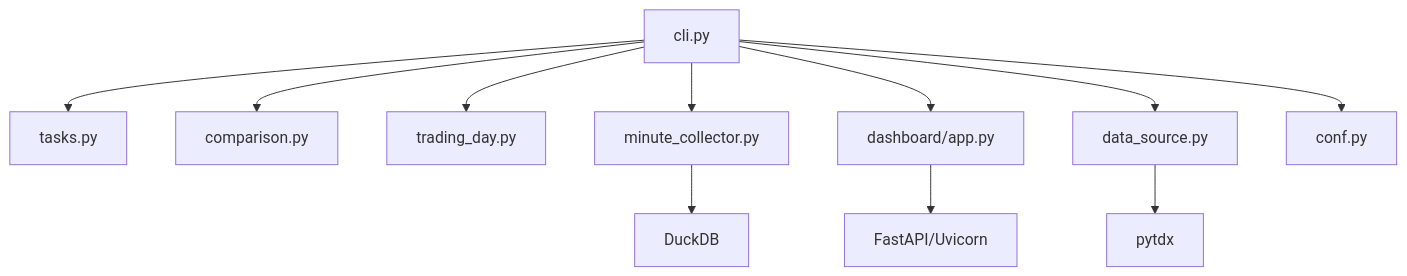
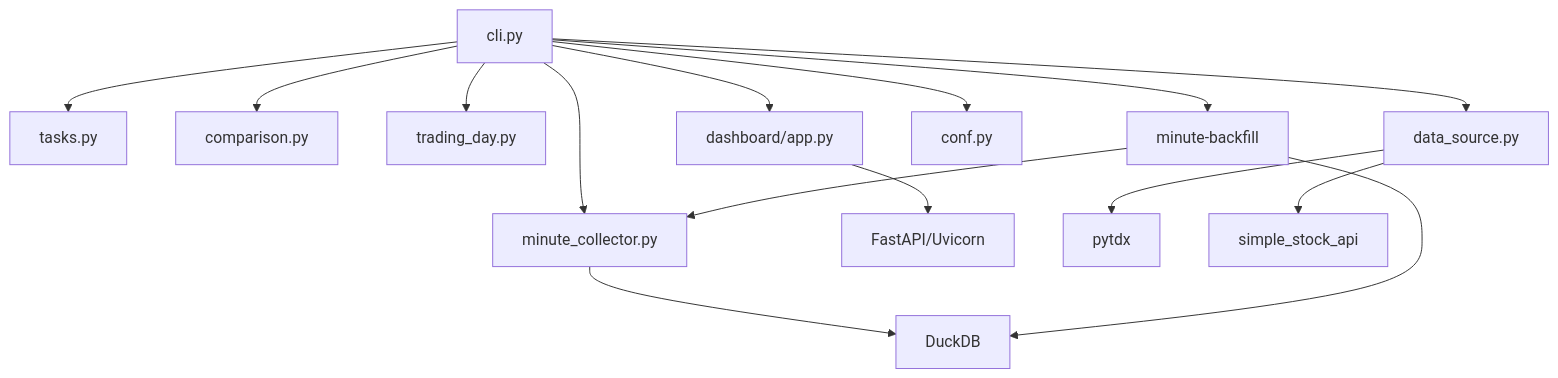
Before and after one commit to ldeng76/quant-ETF: the fourth of 4 diagrams in .qoder/repowiki/zh/content/CLI命令参考/CLI命令参考.md, drawn with Mermaid. The commit also changed other lines of this file and 18 other files, not shown here.

````diff
--- a/.qoder/repowiki/zh/content/CLI命令参考/CLI命令参考.md
+++ b/.qoder/repowiki/zh/content/CLI命令参考/CLI命令参考.md
@@ -419,13 +497,17 @@
 ```mermaid
 graph TB
 CLI["cli.py"] --> Tasks["tasks.py"]
 CLI --> Compare["comparison.py"]
 CLI --> Trading["trading_day.py"]
 CLI --> Minute["minute_collector.py"]
 CLI --> Dash["dashboard/app.py"]
 CLI --> DS["data_source.py"]
 CLI --> Conf["conf.py"]
+CLI --> MinBackfill["minute-backfill"]
 Minute --> DuckDB["DuckDB"]
 Dash --> FastAPI["FastAPI/Uvicorn"]
 DS --> PyTDX["pytdx"]
+DS --> SimpleAPI["simple_stock_api"]
+MinBackfill --> Minute
+MinBackfill --> DuckDB
 ```
````
